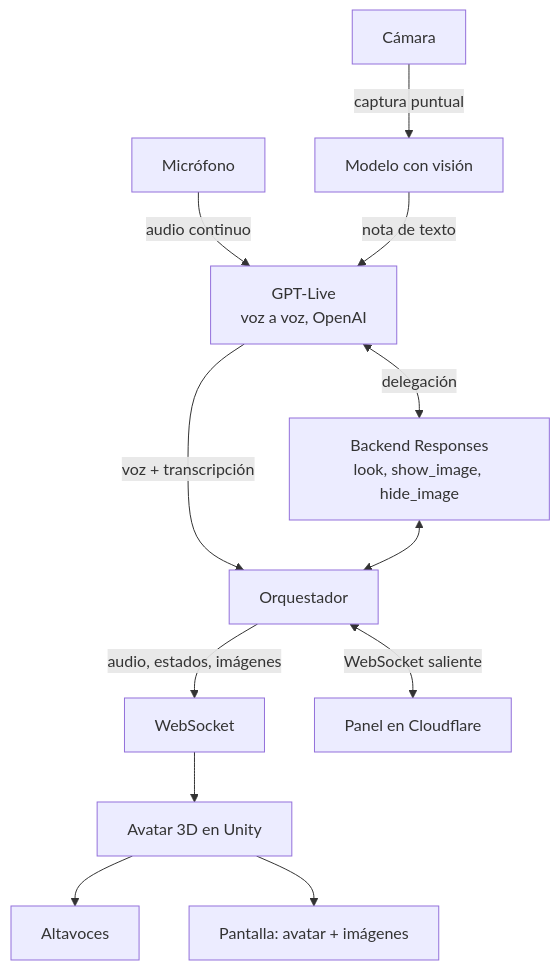
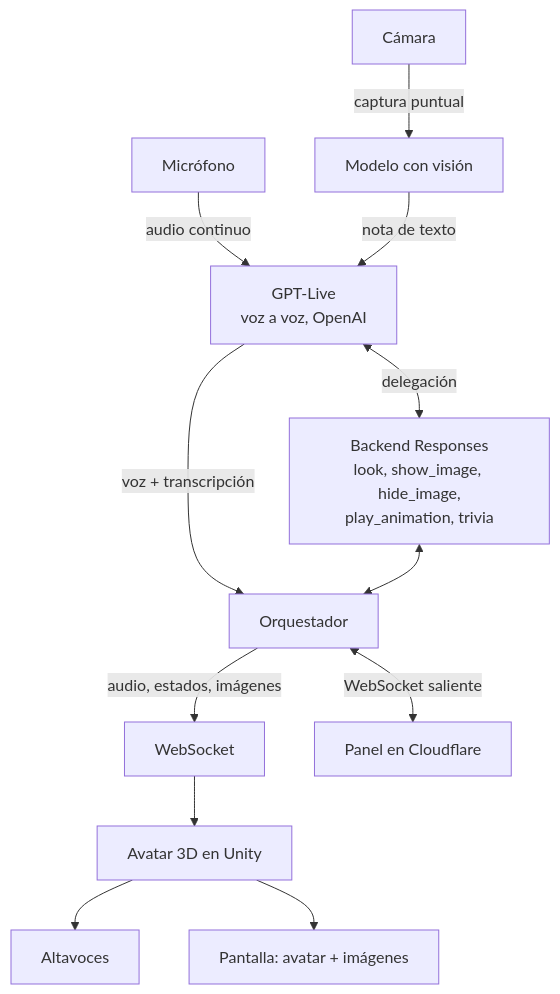
The diagram in README.md (Sonnet-Code/sonnia-sdk), drawn with Mermaid before and after one commit. The commit also changed other lines of this file and 1 other file, not shown here.

Commit message:
Document the dances and gestures by voice in the README and the architecture

````diff
--- a/README.md
+++ b/README.md
@@ -26,14 +26,14 @@
 ```mermaid
 flowchart TB
     Mic[Micrófono] -->|audio continuo| Live[GPT-Live<br/>voz a voz, OpenAI]
     Live -->|voz + transcripción| Orq[Orquestador]
-    Live <-->|delegación| Backend[Backend Responses<br/>look, show_image, hide_image]
+    Live <-->|delegación| Backend[Backend Responses<br/>look, show_image, hide_image,<br/>play_animation, trivia]
     Backend <--> Orq
     Cam[Cámara] -->|captura puntual| Vision[Modelo con visión]
     Vision -->|nota de texto| Live
     Orq -->|audio, estados, imágenes| WS[WebSocket]
     WS --> Unity[Avatar 3D en Unity]
     Unity --> Speakers[Altavoces]
     Unity --> Screen[Pantalla: avatar + imágenes]
     Orq <-->|WebSocket saliente| Panel[Panel en Cloudflare]
 ```
````
